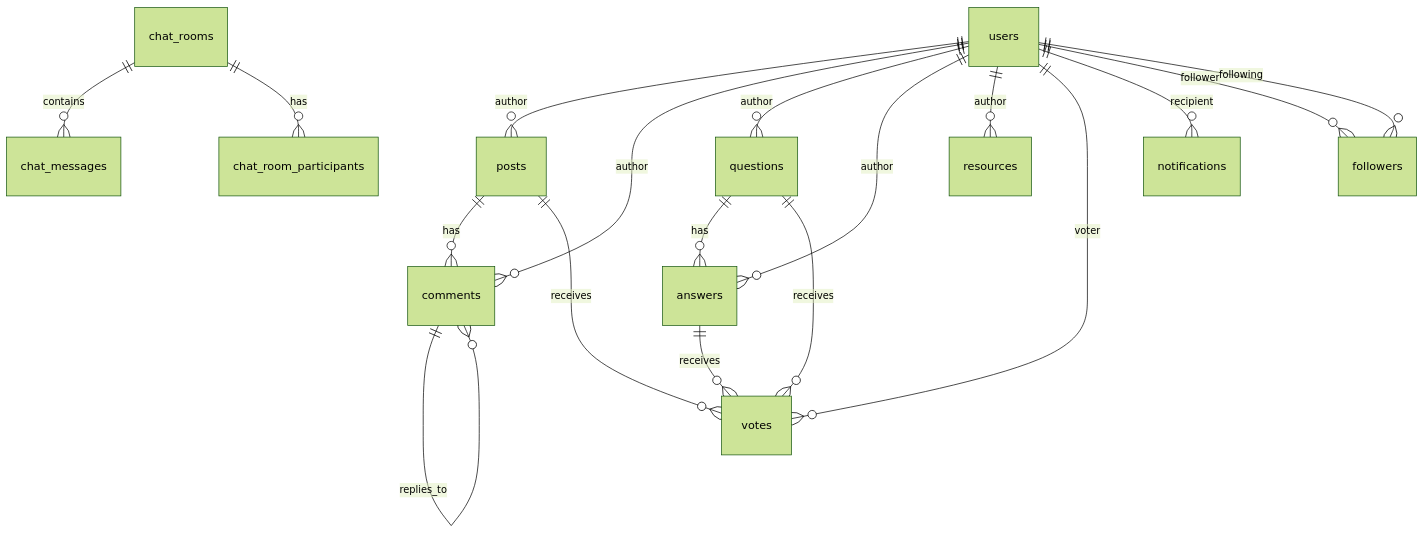
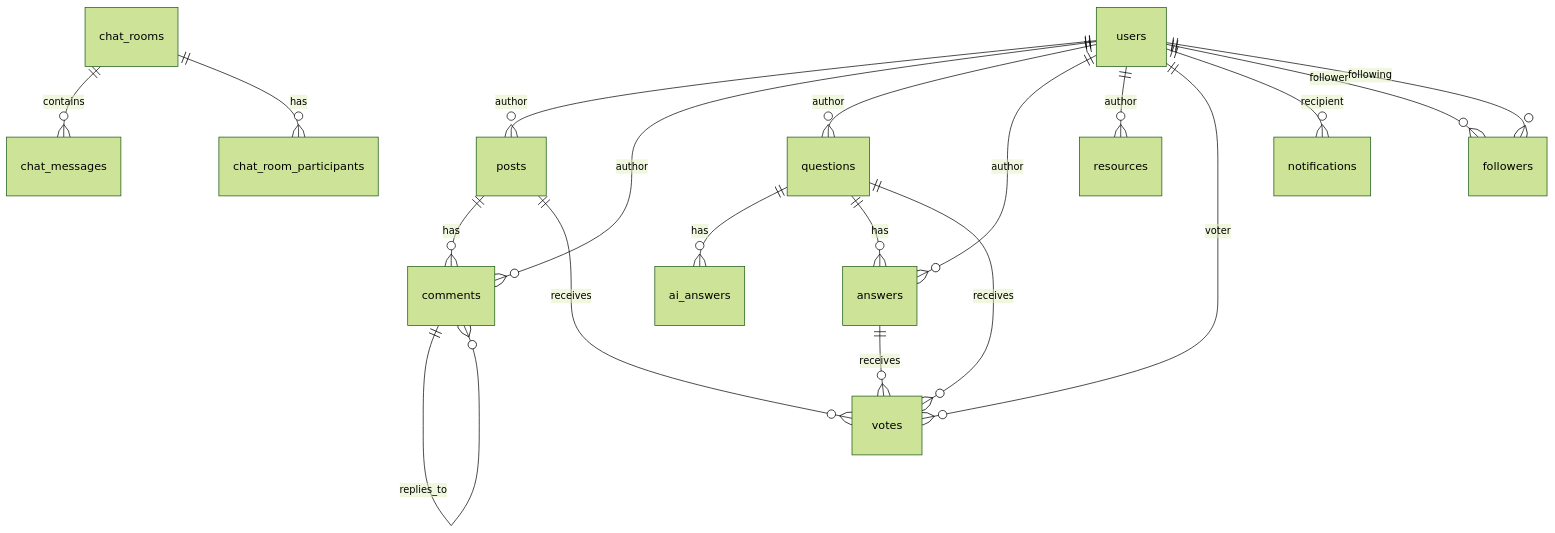
Before and after one commit to HackyCoder0951/focus-hub-design-899f45ae: the diagram in docs/appendices/02_DATABASE_SCHEMA.md, drawn with Mermaid (forest theme). The commit also changed other lines of this file and 5 other files, not shown here.

````diff
--- a/docs/appendices/02_DATABASE_SCHEMA.md
+++ b/docs/appendices/02_DATABASE_SCHEMA.md
@@ -373,25 +405,26 @@
 ```mermaid
 erDiagram
     users ||--o{ posts : "author"
     users ||--o{ comments : "author"
     users ||--o{ questions : "author"
     users ||--o{ answers : "author"
     users ||--o{ resources : "author"
     users ||--o{ votes : "voter"
     users ||--o{ notifications : "recipient"
     
     posts ||--o{ comments : "has"
     posts ||--o{ votes : "receives"
     
+    questions ||--o{ ai_answers : "has"
     questions ||--o{ answers : "has"
     questions ||--o{ votes : "receives"
     answers ||--o{ votes : "receives"
     
     chat_rooms ||--o{ chat_messages : "contains"
     chat_rooms ||--o{ chat_room_participants : "has"
     
     users ||--o{ followers : "follower"
     users ||--o{ followers : "following"
     
     comments ||--o{ comments : "replies_to"
 ```
````
